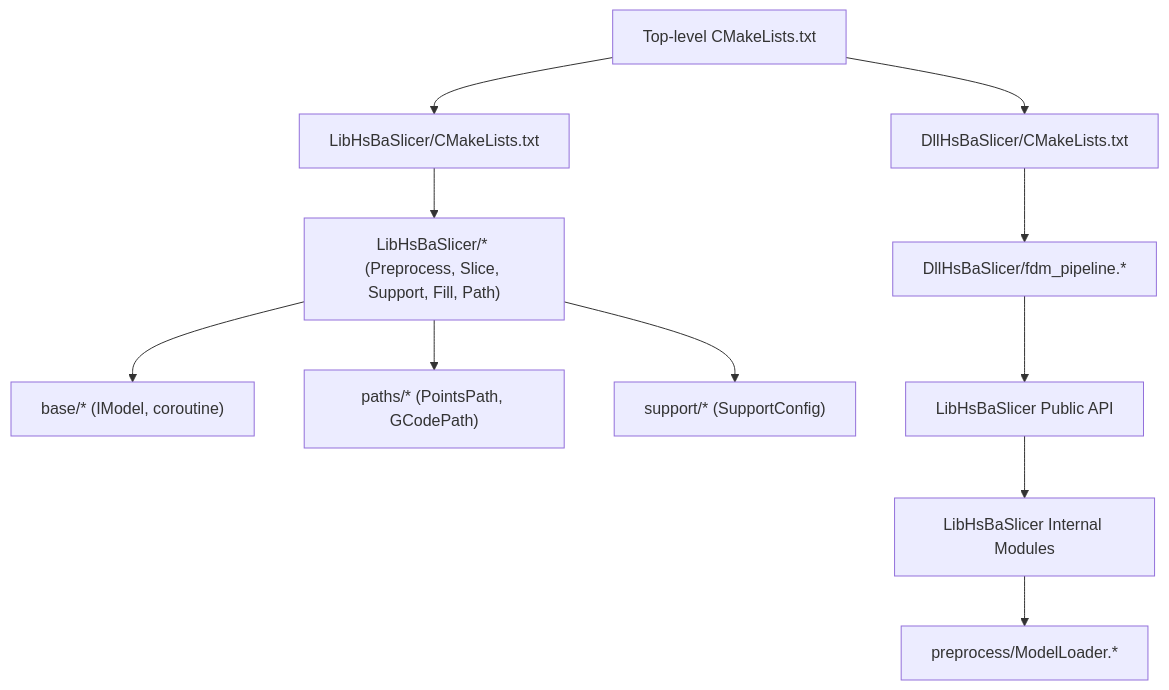
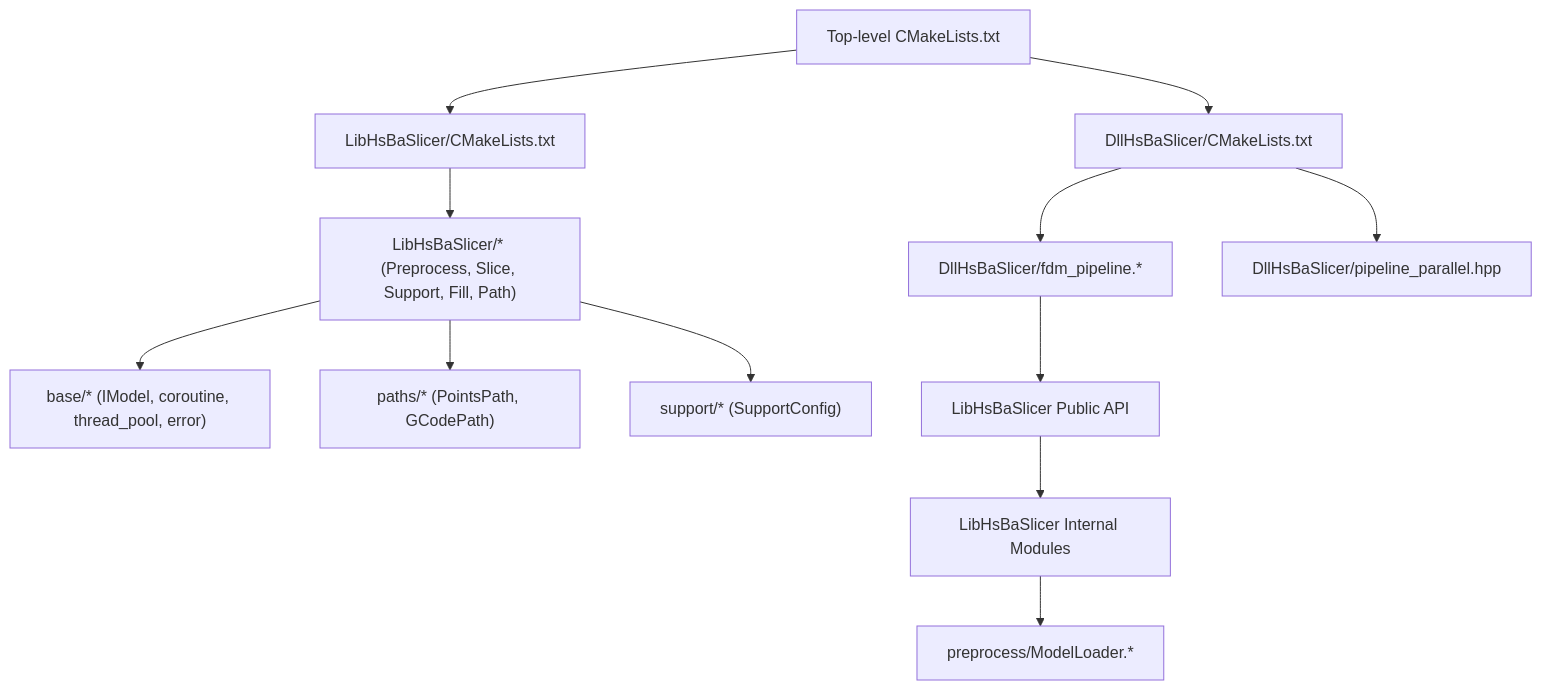
One commit to hsmbanlance/HsBaSlicer changed the first of 11 diagrams in .qoder/repowiki/en/content/Core Architecture/FDM Pipeline System.md. Above: the diagram before and after it, drawn with Mermaid. The commit also changed other lines of this file and 20 other files, not shown here.

````diff
--- a/.qoder/repowiki/en/content/Core Architecture/FDM Pipeline System.md
+++ b/.qoder/repowiki/en/content/Core Architecture/FDM Pipeline System.md
@@ -76,13 +83,14 @@
 ```mermaid
 graph TB
 A["Top-level CMakeLists.txt"] --> B["LibHsBaSlicer/CMakeLists.txt"]
 A --> C["DllHsBaSlicer/CMakeLists.txt"]
 B --> D["LibHsBaSlicer/* (Preprocess, Slice, Support, Fill, Path)"]
 C --> E["DllHsBaSlicer/fdm_pipeline.*"]
-D --> F["base/* (IModel, coroutine)"]
-D --> G["paths/* (PointsPath, GCodePath)"]
-D --> H["support/* (SupportConfig)"]
-E --> I["LibHsBaSlicer Public API"]
-I --> J["LibHsBaSlicer Internal Modules"]
-J --> K["preprocess/ModelLoader.*"]
+C --> F["DllHsBaSlicer/pipeline_parallel.hpp"]
+D --> G["base/* (IModel, coroutine, thread_pool, error)"]
+D --> H["paths/* (PointsPath, GCodePath)"]
+D --> I["support/* (SupportConfig)"]
+E --> J["LibHsBaSlicer Public API"]
+J --> K["LibHsBaSlicer Internal Modules"]
+K --> L["preprocess/ModelLoader.*"]
 ```
````
